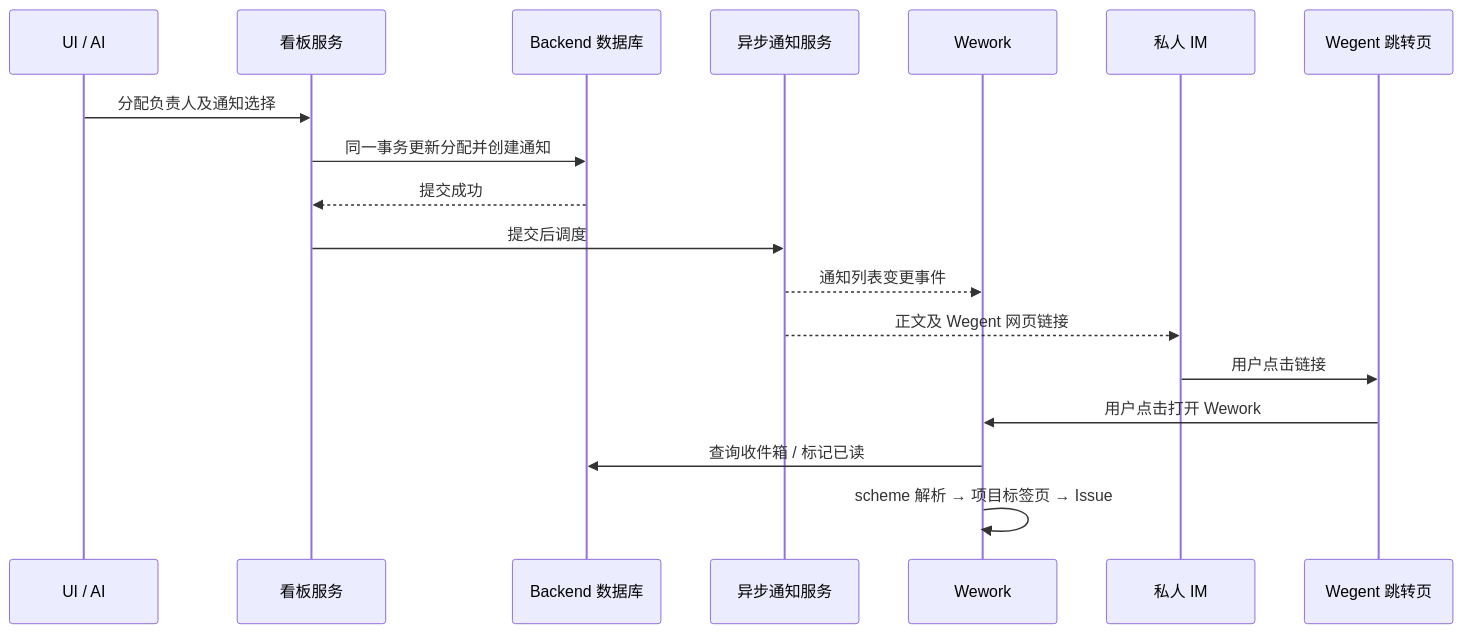
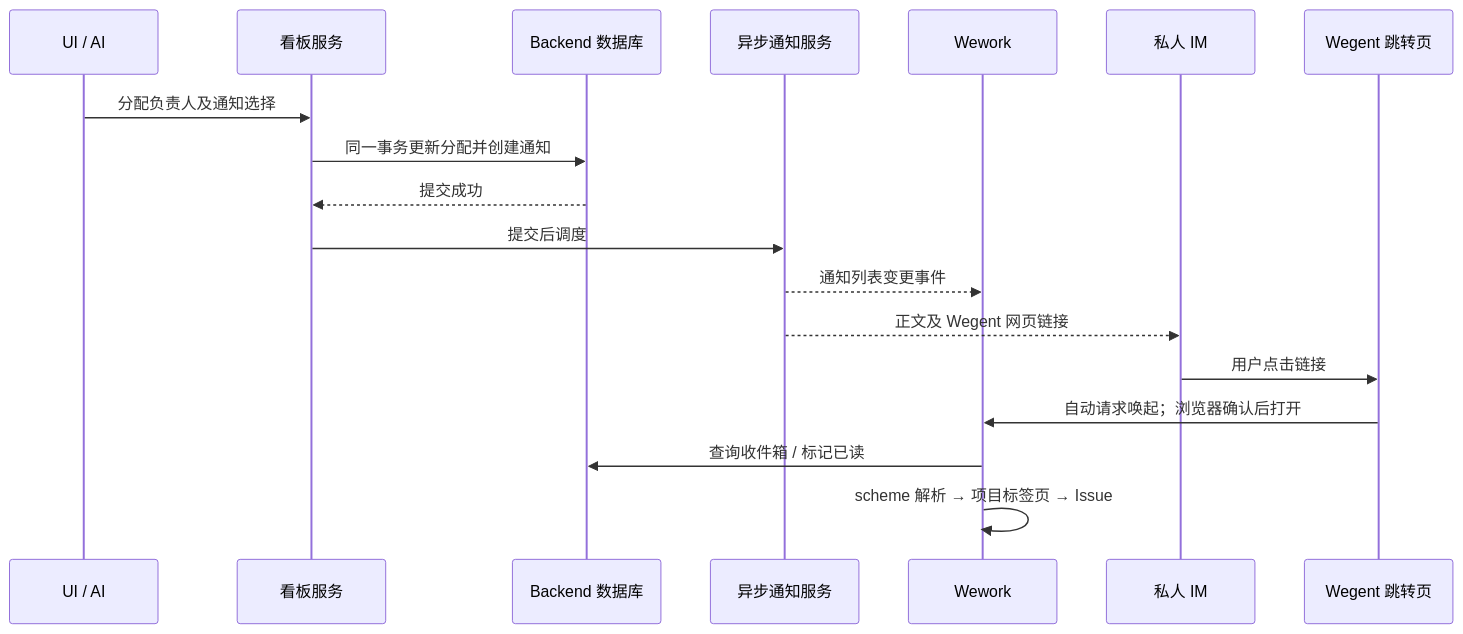
One commit to wecode-ai/Wegent changed the diagram in docs/zh/wegent/user-guide/wework-notifications.md. Above: the diagram before and after it, drawn with Mermaid. The commit also changed other lines of this file and 10 other files, not shown here.

````diff
--- a/docs/zh/wegent/user-guide/wework-notifications.md
+++ b/docs/zh/wegent/user-guide/wework-notifications.md
@@ -40,20 +42,20 @@
 ```mermaid
 sequenceDiagram
   participant Caller as UI / AI
   participant Service as 看板服务
   participant DB as Backend 数据库
   participant Delivery as 异步通知服务
   participant App as Wework
   participant IM as 私人 IM
   participant Web as Wegent 跳转页
   Caller->>Service: 分配负责人及通知选择
   Service->>DB: 同一事务更新分配并创建通知
   DB-->>Service: 提交成功
   Service->>Delivery: 提交后调度
   Delivery-->>App: 通知列表变更事件
   Delivery-->>IM: 正文及 Wegent 网页链接
   IM->>Web: 用户点击链接
-  Web->>App: 用户点击打开 Wework
+  Web->>App: 自动请求唤起；浏览器确认后打开
   App->>DB: 查询收件箱 / 标记已读
   App->>App: scheme 解析 → 项目标签页 → Issue
 ```
````
